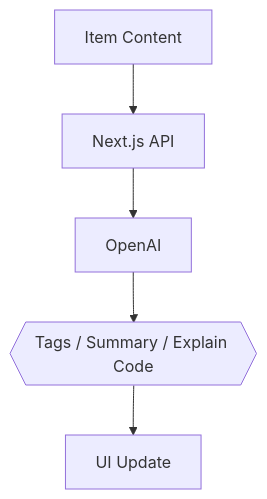
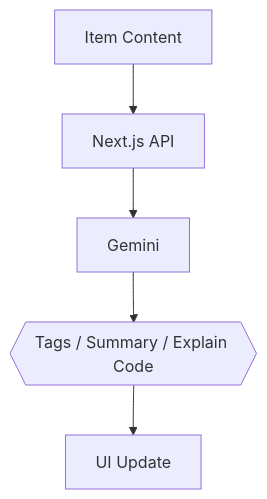
Before and after one commit to Mistesq/codevault: the fourth of 4 diagrams in context/project-overview.md, drawn with Mermaid. The commit also changed other lines of this file and 1 other file, not shown here.

Commit message:
update AI references from OpenAI to Google Gemini in project overview and environment configuration

````diff
--- a/context/project-overview.md
+++ b/context/project-overview.md
@@ -342,7 +342,7 @@
 ```mermaid
 flowchart TD
   Content["Item Content"] --> API["Next.js API"]
-  API --> AI["OpenAI"]
+  API --> AI["Gemini"]
   AI --> Out{{"Tags / Summary / Explain Code"}}
   Out --> UI["UI Update"]
 ```
````
